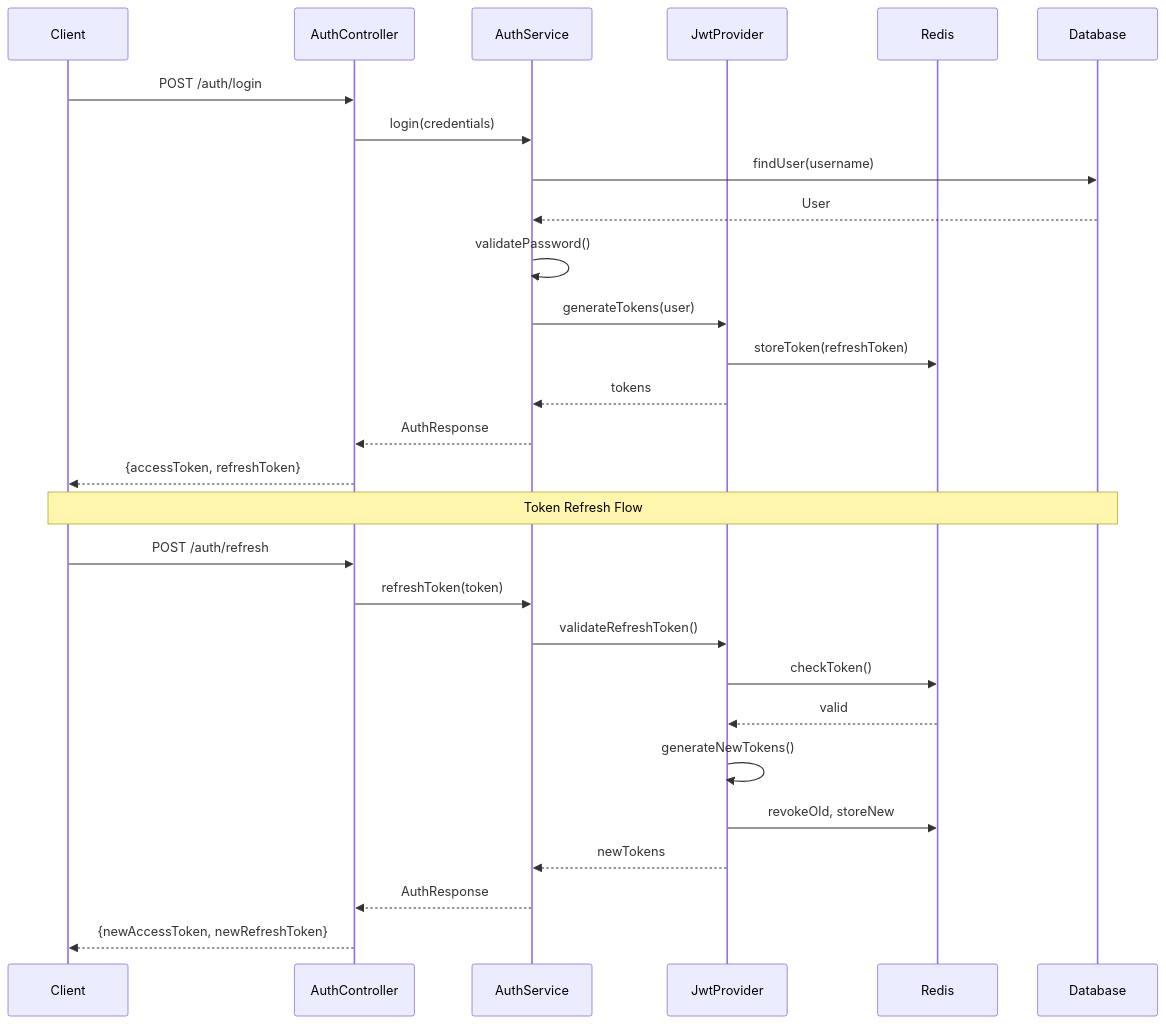
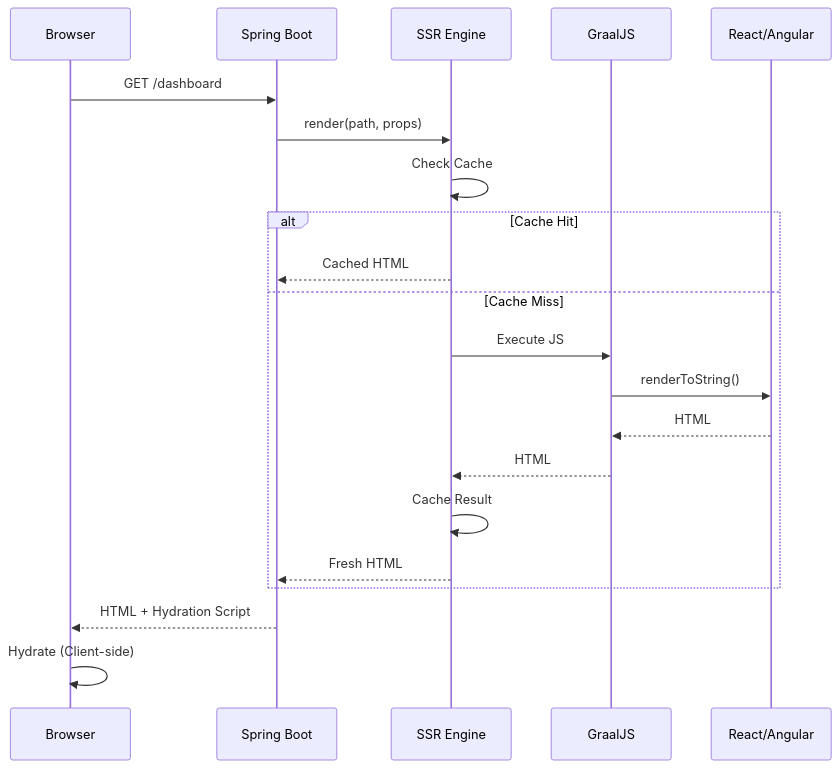
One commit to jrjohn/arcana-cloud-springboot changed the fourth of 4 diagrams in README.md. Above: the diagram before and after it, drawn with Mermaid. The commit also changed other lines of this file and 104 other files, not shown here.

````diff
--- a/README.md
+++ b/README.md
@@ -386,33 +246,24 @@
 ```mermaid
 sequenceDiagram
-    participant C as Client
-    participant A as AuthController
-    participant S as AuthService
-    participant J as JwtProvider
-    participant R as Redis
-    participant D as Database
+    participant C as Browser
+    participant S as Spring Boot
+    participant E as SSR Engine
+    participant G as GraalJS
+    participant R as React/Angular
 
-    C->>A: POST /auth/login
-    A->>S: login(credentials)
-    S->>D: findUser(username)
-    D-->>S: User
-    S->>S: validatePassword()
-    S->>J: generateTokens(user)
-    J->>R: storeToken(refreshToken)
-    J-->>S: tokens
-    S-->>A: AuthResponse
-    A-->>C: {accessToken, refreshToken}
-
-    Note over C,D: Token Refresh Flow
-
-    C->>A: POST /auth/refresh
-    A->>S: refreshToken(token)
-    S->>J: validateRefreshToken()
-    J->>R: checkToken()
-    R-->>J: valid
-    J->>J: generateNewTokens()
-    J->>R: revokeOld, storeNew
-    J-->>S: newTokens
-    S-->>A: AuthResponse
-    A-->>C: {newAccessToken, newRefreshToken}
+    C->>S: GET /dashboard
+    S->>E: render(path, props)
+    E->>E: Check Cache
+    alt Cache Hit
+        E-->>S: Cached HTML
+    else Cache Miss
+        E->>G: Execute JS
+        G->>R: renderToString()
+        R-->>G: HTML
+        G-->>E: HTML
+        E->>E: Cache Result
+        E-->>S: Fresh HTML
+    end
+    S-->>C: HTML + Hydration Script
+    C->>C: Hydrate (Client-side)
 ```
````
